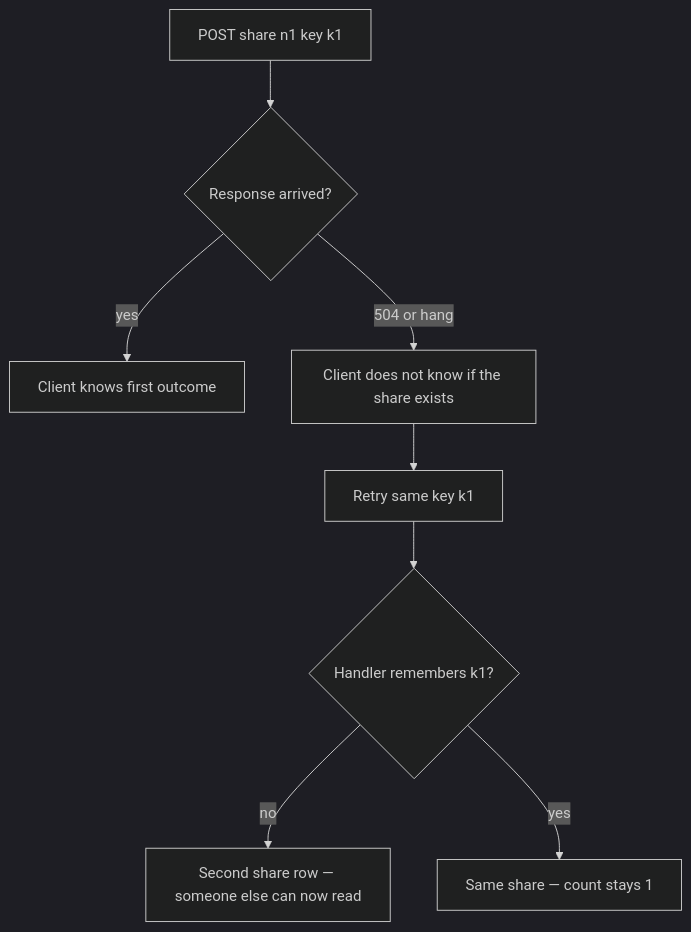
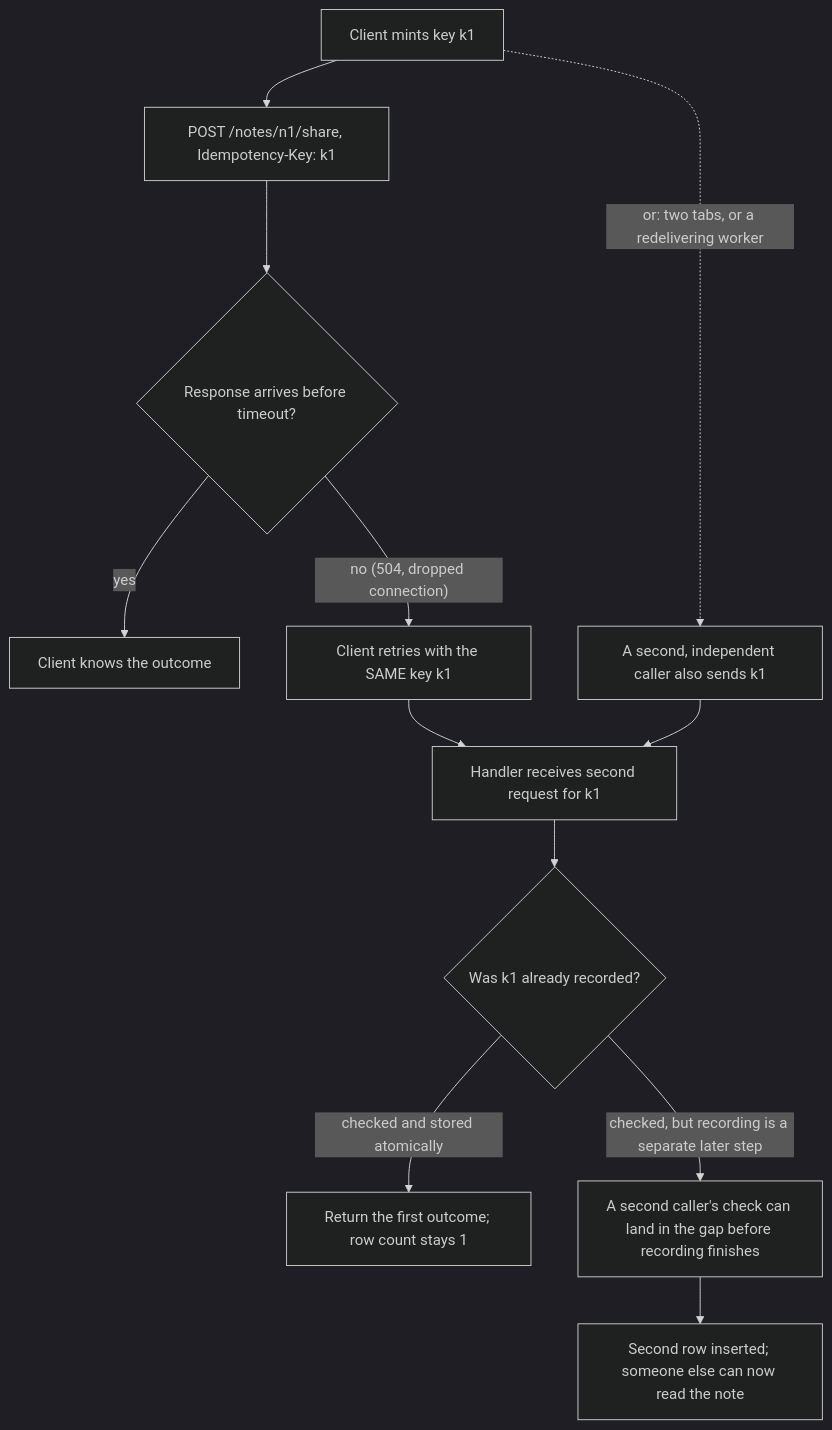
Before and after one commit to ishitvagoel/LearnSecurity: the diagram in content/modules/2/2.4/lessons/01-property.md, drawn with Mermaid (dark theme). The commit also changed other lines of this file and 19 other files, not shown here.

````diff
--- a/content/modules/2/2.4/lessons/01-property.md
+++ b/content/modules/2/2.4/lessons/01-property.md
@@ -18,10 +19,14 @@
 ```mermaid
 flowchart TD
-  Post["POST share n1 key k1"] --> Wait{Response arrived?}
-  Wait -->|yes| Known[Client knows first outcome]
-  Wait -->|504 or hang| Fork["Client does not know if the share exists"]
-  Fork --> Retry["Retry same key k1"]
-  Retry --> Store{Handler remembers k1?}
-  Store -->|no| Dup["Second share row — someone else can now read"]
-  Store -->|yes| Same["Same share — count stays 1"]
+  Client["Client mints key k1"] --> First["POST /notes/n1/share, Idempotency-Key: k1"]
+  First --> Wait{"Response arrives before timeout?"}
+  Wait -->|yes| Done["Client knows the outcome"]
+  Wait -->|"no (504, dropped connection)"| Retry["Client retries with the SAME key k1"]
+  Retry --> Handler["Handler receives second request for k1"]
+  Client -.->|"or: two tabs, or a redelivering worker"| Concurrent["A second, independent caller also sends k1"]
+  Concurrent --> Handler
+  Handler --> Check{"Was k1 already recorded?"}
+  Check -->|"checked and stored atomically"| Same["Return the first outcome; row count stays 1"]
+  Check -->|"checked, but recording is a separate later step"| Window["A second caller's check can land in the gap before recording finishes"]
+  Window --> Dup["Second row inserted; someone else can now read the note"]
 ```
````
